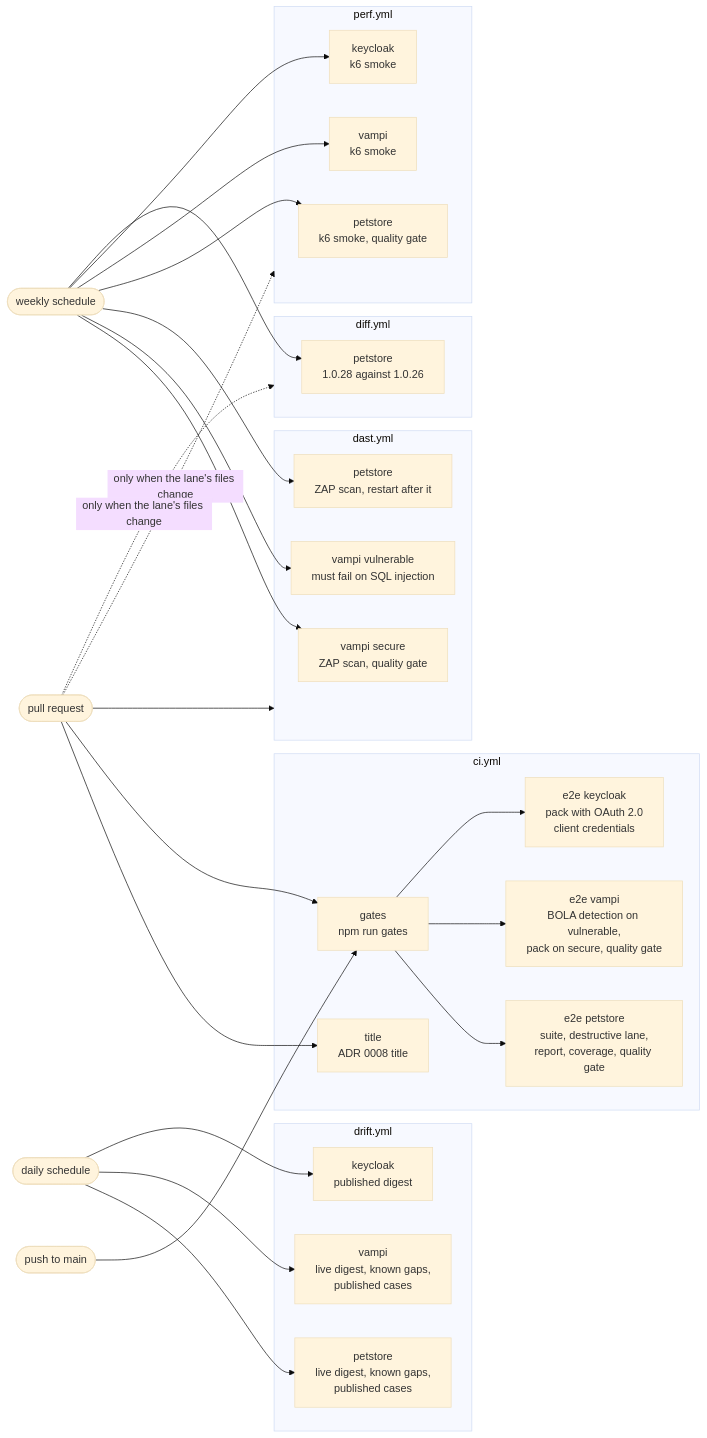
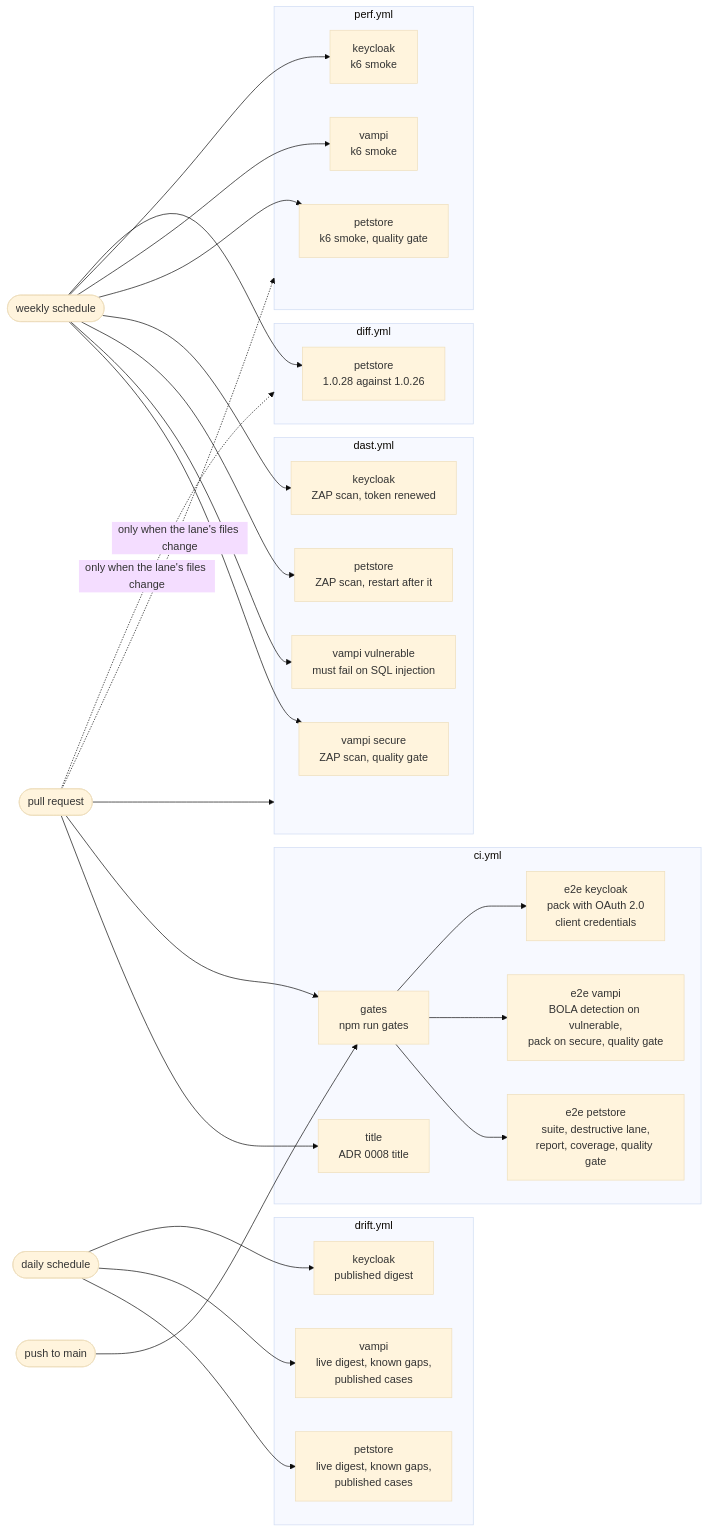
Before and after one commit to marceloancieta/api-qa-agentic-framework: the diagram in docs/ci.md, drawn with Mermaid (base theme). The commit also changed other lines of this file and 14 other files, not shown here.

First line of the commit message:
ci(dast): GATE-30 scan Keycloak too, with the values its paths need (#109)

````diff
--- a/docs/ci.md
+++ b/docs/ci.md
@@ -27,57 +27,59 @@
 ```mermaid
 flowchart LR
   pr(["pull request"])
   push(["push to main"])
   daily(["daily schedule"])
   weekly(["weekly schedule"])
 
   subgraph ciWf["ci.yml"]
     title["title<br/>ADR 0008 title"]
     gatesJob["gates<br/>npm run gates"]
     e2e["e2e petstore<br/>suite, destructive lane,<br/>report, coverage, quality gate"]
     e2eVampi["e2e vampi<br/>BOLA detection on vulnerable,<br/>pack on secure, quality gate"]
     e2eKeycloak["e2e keycloak<br/>pack with OAuth 2.0<br/>client credentials"]
     gatesJob --> e2e
     gatesJob --> e2eVampi
     gatesJob --> e2eKeycloak
   end
 
   subgraph driftWf["drift.yml"]
     drift["petstore<br/>live digest, known gaps,<br/>published cases"]
     driftVampi["vampi<br/>live digest, known gaps,<br/>published cases"]
     driftKeycloak["keycloak<br/>published digest"]
   end
 
   subgraph dastWf["dast.yml"]
     dastSecure["vampi secure<br/>ZAP scan, quality gate"]
     dastVuln["vampi vulnerable<br/>must fail on SQL injection"]
     dastPet["petstore<br/>ZAP scan, restart after it"]
+    dastKeycloak["keycloak<br/>ZAP scan, token renewed"]
   end
 
   subgraph perfWf["perf.yml"]
     perfPet["petstore<br/>k6 smoke, quality gate"]
     perfVampi["vampi<br/>k6 smoke"]
     perfKeycloak["keycloak<br/>k6 smoke"]
   end
 
   subgraph diffWf["diff.yml"]
     diffPet["petstore<br/>1.0.28 against 1.0.26"]
   end
 
   pr --> title
   pr --> gatesJob
   push --> gatesJob
   daily --> drift
   daily --> driftVampi
   daily --> driftKeycloak
   weekly --> dastSecure
   weekly --> dastVuln
   weekly --> dastPet
+  weekly --> dastKeycloak
   weekly --> perfPet
   weekly --> perfVampi
   weekly --> perfKeycloak
   weekly --> diffPet
   pr --> dastWf
   pr -.->|"only when the lane's files change"| perfWf
   pr -.->|"only when the lane's files change"| diffWf
 ```
````
